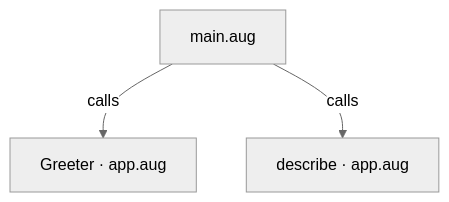
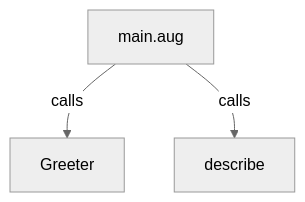
One commit to GreenPandaStudios/augscript changed the first of 3 diagrams in docs/examples/interceptors/main-diagrams.md. Above: the diagram before and after it, drawn with Mermaid (neutral theme). The commit also changed other lines of this file and 524 other files, not shown here.

Commit message:
Explain checked data flow at folder and service levels

````diff
--- a/docs/examples/interceptors/main-diagrams.md
+++ b/docs/examples/interceptors/main-diagrams.md
@@ -19,8 +19,8 @@
 ```mermaid
 flowchart TD
-    n0["Greeter · app.aug"]
-    n1["describe · app.aug"]
+    n0["Greeter"]
+    n1["describe"]
     n2["main.aug"]
     n2 -->|"calls"| n0
     n2 -->|"calls"| n1
 ```
````
